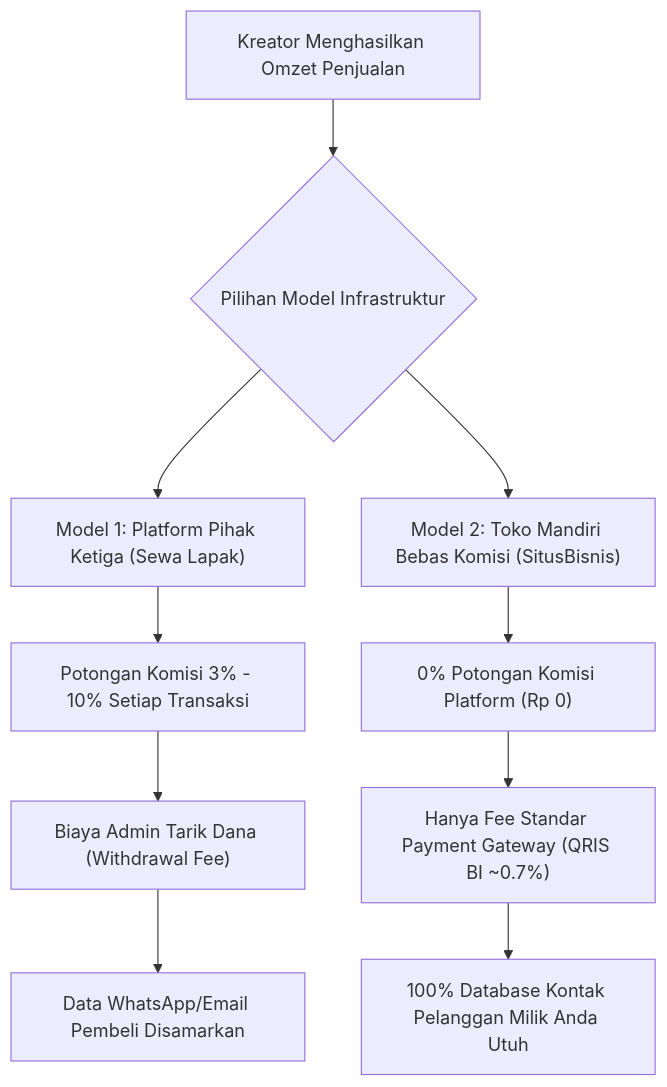
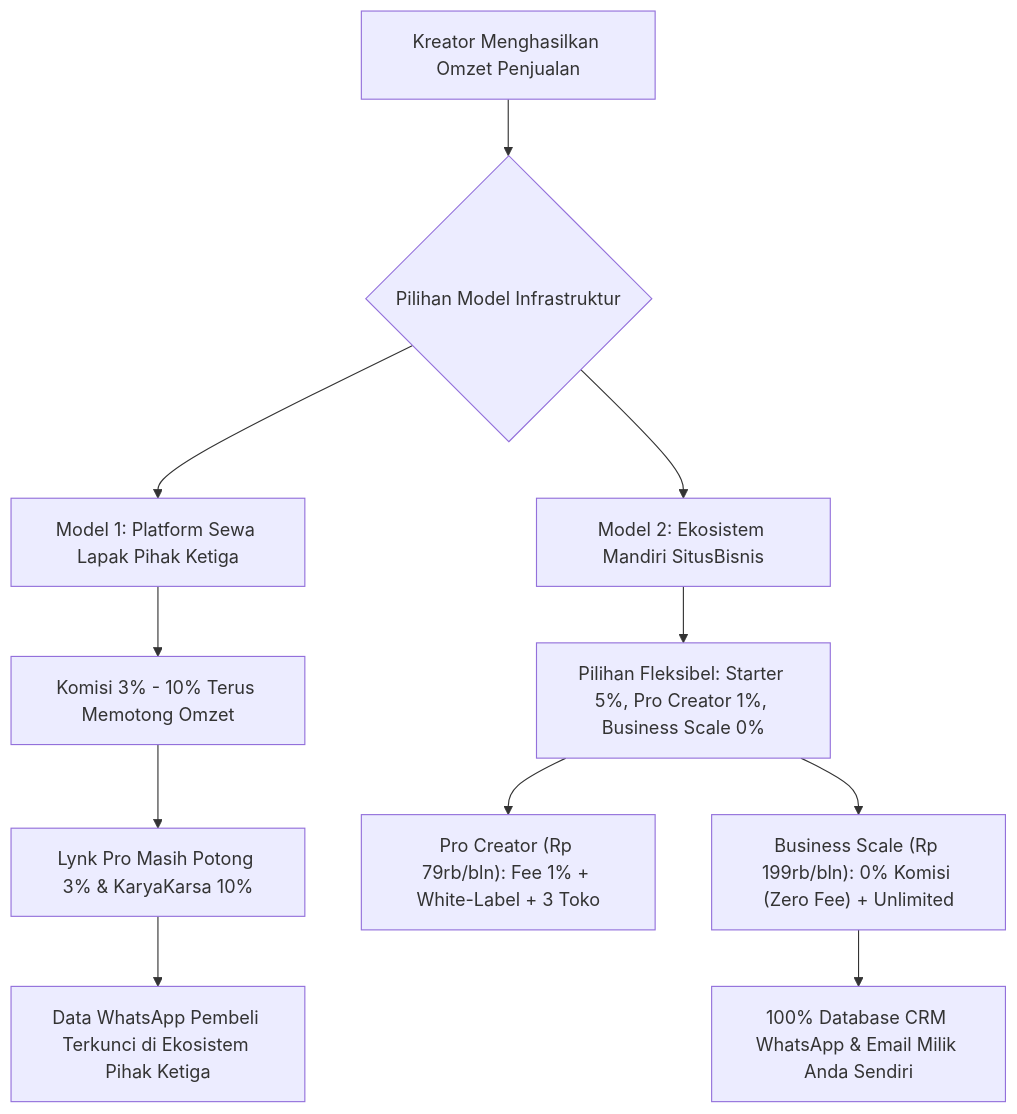
One commit to crediblemark-official/Blog-SiBi changed the first of 3 diagrams in src/content/blog/perbandingan-biaya-platform-jual-produk-digital-indonesia.md. Above: the diagram before and after it, drawn with Mermaid. The commit also changed other lines of this file and 11 other files, not shown here.

Commit message:
feat: tambahkan artikel conquesting kompetitor SitusBisnis, akurasi pricing, dan perbaikan urutan homepage

````diff
--- a/src/content/blog/perbandingan-biaya-platform-jual-produk-digital-indonesia.md
+++ b/src/content/blog/perbandingan-biaya-platform-jual-produk-digital-indonesia.md
@@ -23,14 +23,15 @@
 ```mermaid
 graph TD
     A["Kreator Menghasilkan Omzet Penjualan"] --> B{"Pilihan Model Infrastruktur"}
     
-    B --> C["Model 1: Platform Pihak Ketiga (Sewa Lapak)"]
-    C --> D["Potongan Komisi 3% - 10% Setiap Transaksi"]
-    D --> E["Biaya Admin Tarik Dana (Withdrawal Fee)"]
-    E --> F["Data WhatsApp/Email Pembeli Disamarkan"]
+    B --> C["Model 1: Platform Sewa Lapak Pihak Ketiga"]
+    C --> D["Komisi 3% - 10% Terus Memotong Omzet"]
+    D --> E["Lynk Pro Masih Potong 3% & KaryaKarsa 10%"]
+    E --> F["Data WhatsApp Pembeli Terkunci di Ekosistem Pihak Ketiga"]
     
-    B --> G["Model 2: Toko Mandiri Bebas Komisi (SitusBisnis)"]
-    G --> H["0% Potongan Komisi Platform (Rp 0)"]
-    H --> I["Hanya Fee Standar Payment Gateway (QRIS BI ~0.7%)"]
-    I --> J["100% Database Kontak Pelanggan Milik Anda Utuh"]
+    B --> G["Model 2: Ekosistem Mandiri SitusBisnis"]
+    G --> H["Pilihan Fleksibel: Starter 5%, Pro Creator 1%, Business Scale 0%"]
+    H --> I["Pro Creator (Rp 79rb/bln): Fee 1% + White-Label + 3 Toko"]
+    H --> J["Business Scale (Rp 199rb/bln): 0% Komisi (Zero Fee) + Unlimited"]
+    J --> K["100% Database CRM WhatsApp & Email Milik Anda Sendiri"]
 ```
````
